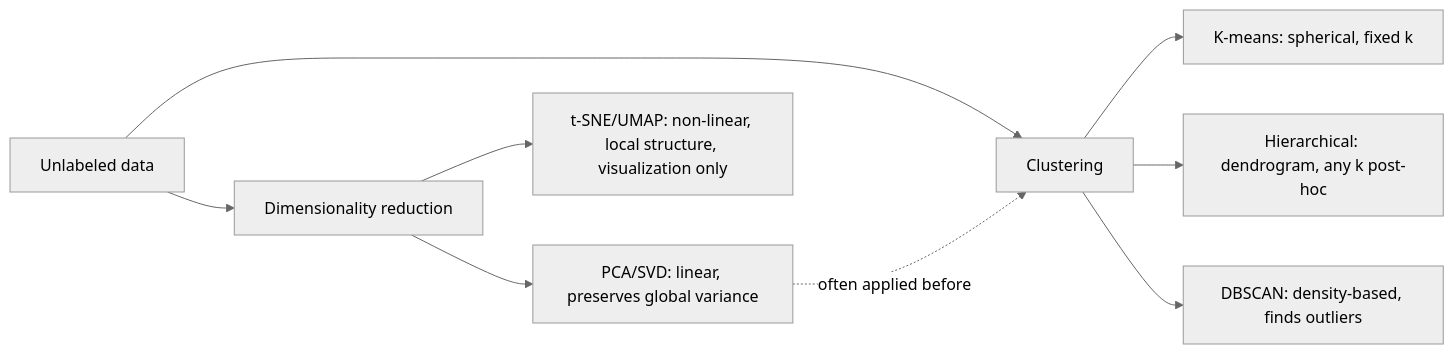
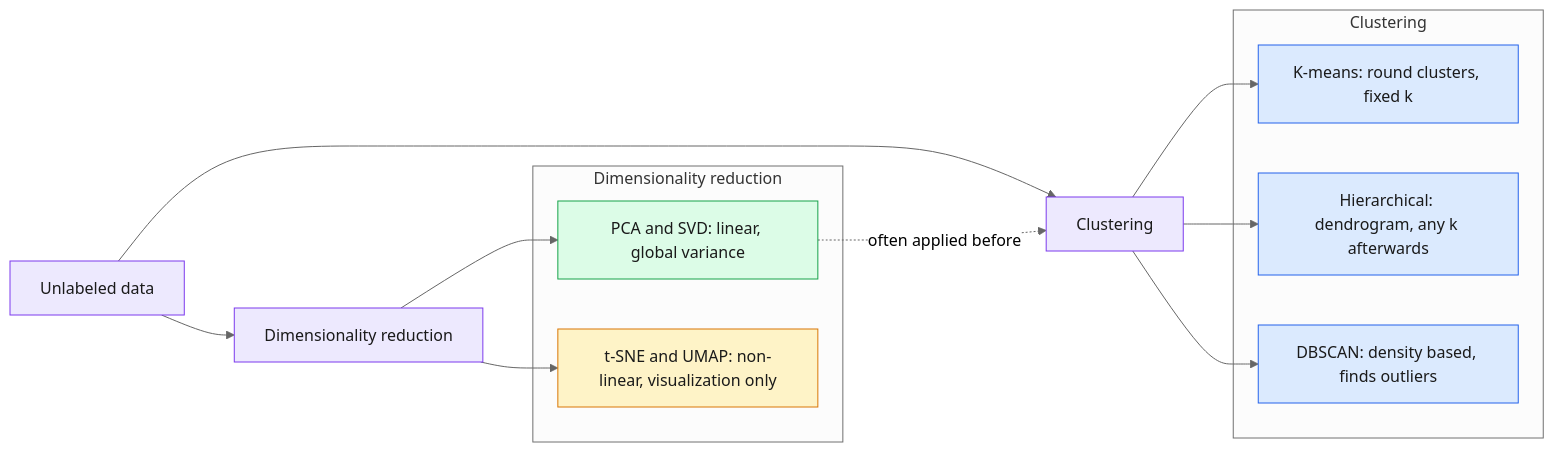
One commit to bhanu-prakash12/ai-ml-engineer-fundamentals changed the first of 2 diagrams in day02_machine_learning/09_unsupervised_learning/README.md. Above: the diagram before and after it, drawn with Mermaid (neutral theme). The commit also changed other lines of this file and 68 other files, not shown here.

````diff
--- a/day02_machine_learning/09_unsupervised_learning/README.md
+++ b/day02_machine_learning/09_unsupervised_learning/README.md
@@ -30,11 +123,28 @@
 ```mermaid
 flowchart LR
-  A[Unlabeled data] --> B[Clustering]
-  B --> C[K-means: spherical, fixed k]
-  B --> D[Hierarchical: dendrogram, any k post-hoc]
-  B --> E[DBSCAN: density-based, finds outliers]
-  A --> F[Dimensionality reduction]
-  F --> G[PCA/SVD: linear, preserves global variance]
-  F --> H[t-SNE/UMAP: non-linear, local structure, visualization only]
-  G -.often applied before.-> B
+  A["Unlabeled data"] --> B["Clustering"]
+  A --> F["Dimensionality reduction"]
+  subgraph CL["Clustering"]
+    C["K-means: round clusters, fixed k"]
+    D["Hierarchical: dendrogram, any k afterwards"]
+    E["DBSCAN: density based, finds outliers"]
+  end
+  subgraph DR["Dimensionality reduction"]
+    G["PCA and SVD: linear, global variance"]
+    H["t-SNE and UMAP: non-linear, visualization only"]
+  end
+  B --> C
+  B --> D
+  B --> E
+  F --> G
+  F --> H
+  G -.->|"often applied before"| B
+  classDef data fill:#EDE9FE,stroke:#7C3AED,color:#1a1a1a;
+  classDef clu fill:#DBEAFE,stroke:#2563EB,color:#1a1a1a;
+  classDef lin fill:#DCFCE7,stroke:#16A34A,color:#1a1a1a;
+  classDef nonlin fill:#FEF3C7,stroke:#D97706,color:#1a1a1a;
+  class A,B,F data;
+  class C,D,E clu;
+  class G lin;
+  class H nonlin;
 ```
````
